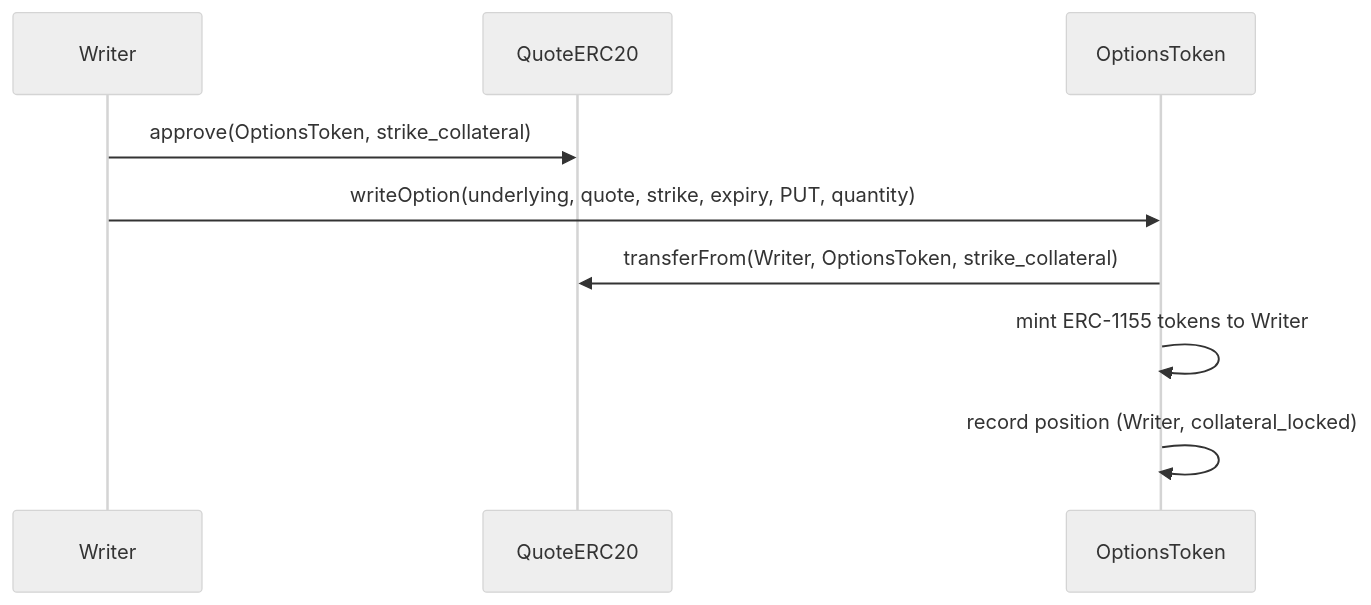
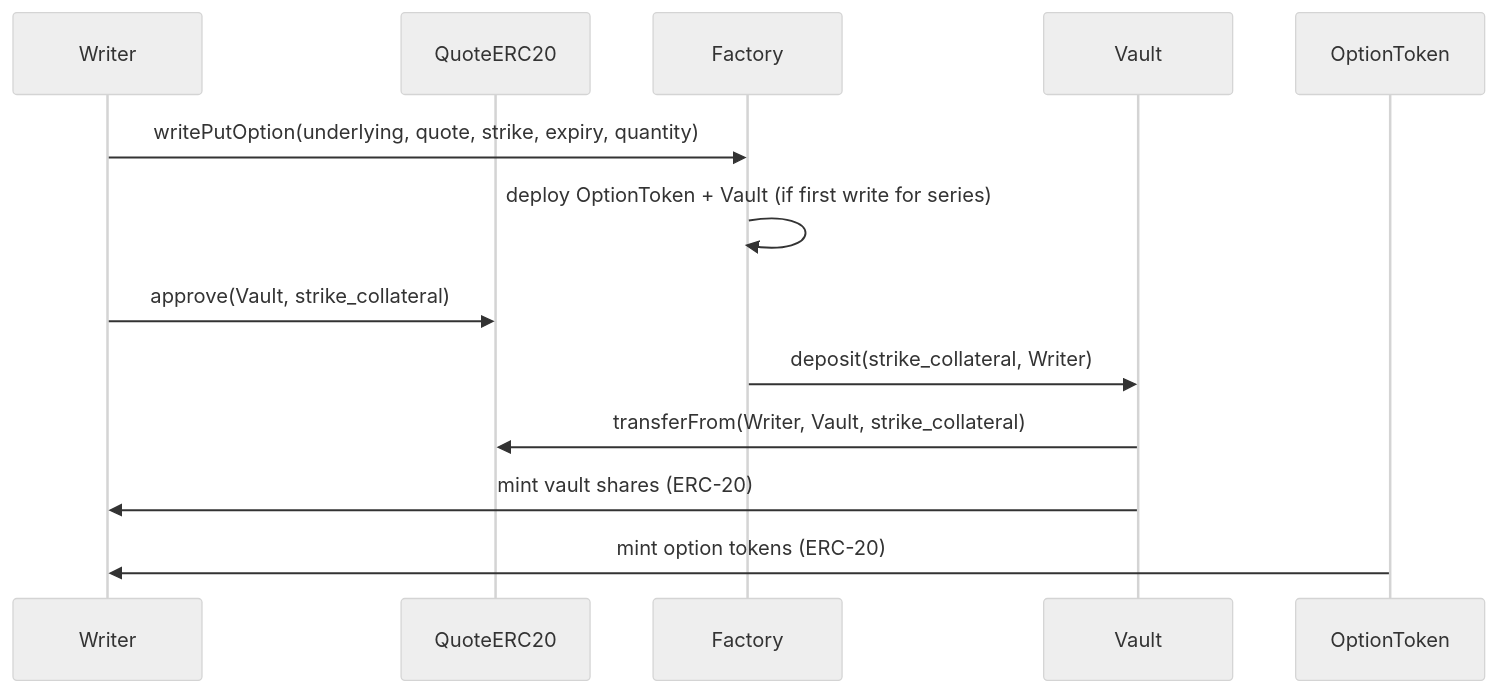
Before and after one commit to 0xgleb/optional: the third of 8 diagrams in SPEC.md, drawn with Mermaid (neutral theme). The commit also changed other lines of this file, not shown here.

Commit message:
option vault spec

````diff
--- a/SPEC.md
+++ b/SPEC.md
@@ -267,12 +371,16 @@
 ```mermaid
 sequenceDiagram
     participant Writer
     participant QuoteERC20
-    participant OptionsToken
+    participant Factory
+    participant Vault
+    participant OptionToken
 
-    Writer->>QuoteERC20: approve(OptionsToken, strike_collateral)
-    Writer->>OptionsToken: writeOption(underlying, quote, strike, expiry, PUT, quantity)
-    OptionsToken->>QuoteERC20: transferFrom(Writer, OptionsToken, strike_collateral)
-    OptionsToken->>OptionsToken: mint ERC-1155 tokens to Writer
-    OptionsToken->>OptionsToken: record position (Writer, collateral_locked)
+    Writer->>Factory: writePutOption(underlying, quote, strike, expiry, quantity)
+    Factory->>Factory: deploy OptionToken + Vault (if first write for series)
+    Writer->>QuoteERC20: approve(Vault, strike_collateral)
+    Factory->>Vault: deposit(strike_collateral, Writer)
+    Vault->>QuoteERC20: transferFrom(Writer, Vault, strike_collateral)
+    Vault->>Writer: mint vault shares (ERC-20)
+    OptionToken->>Writer: mint option tokens (ERC-20)
 ```
````
